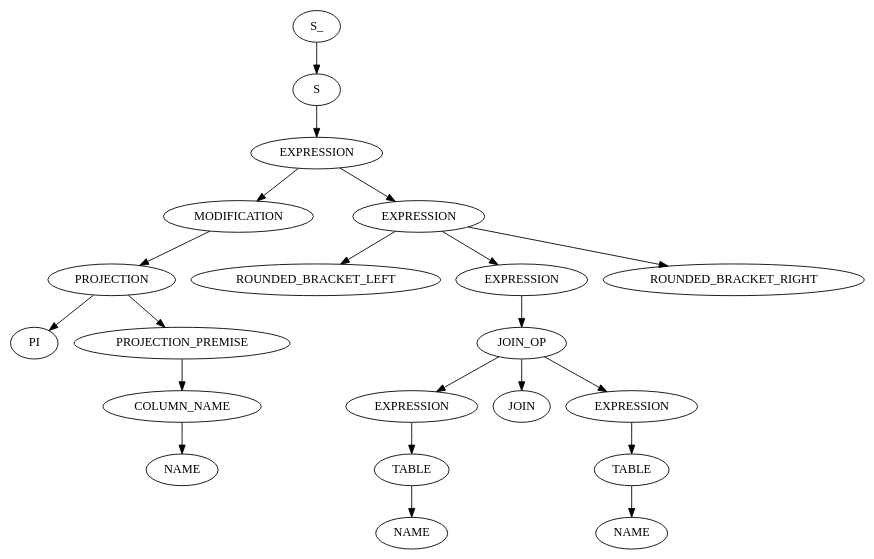
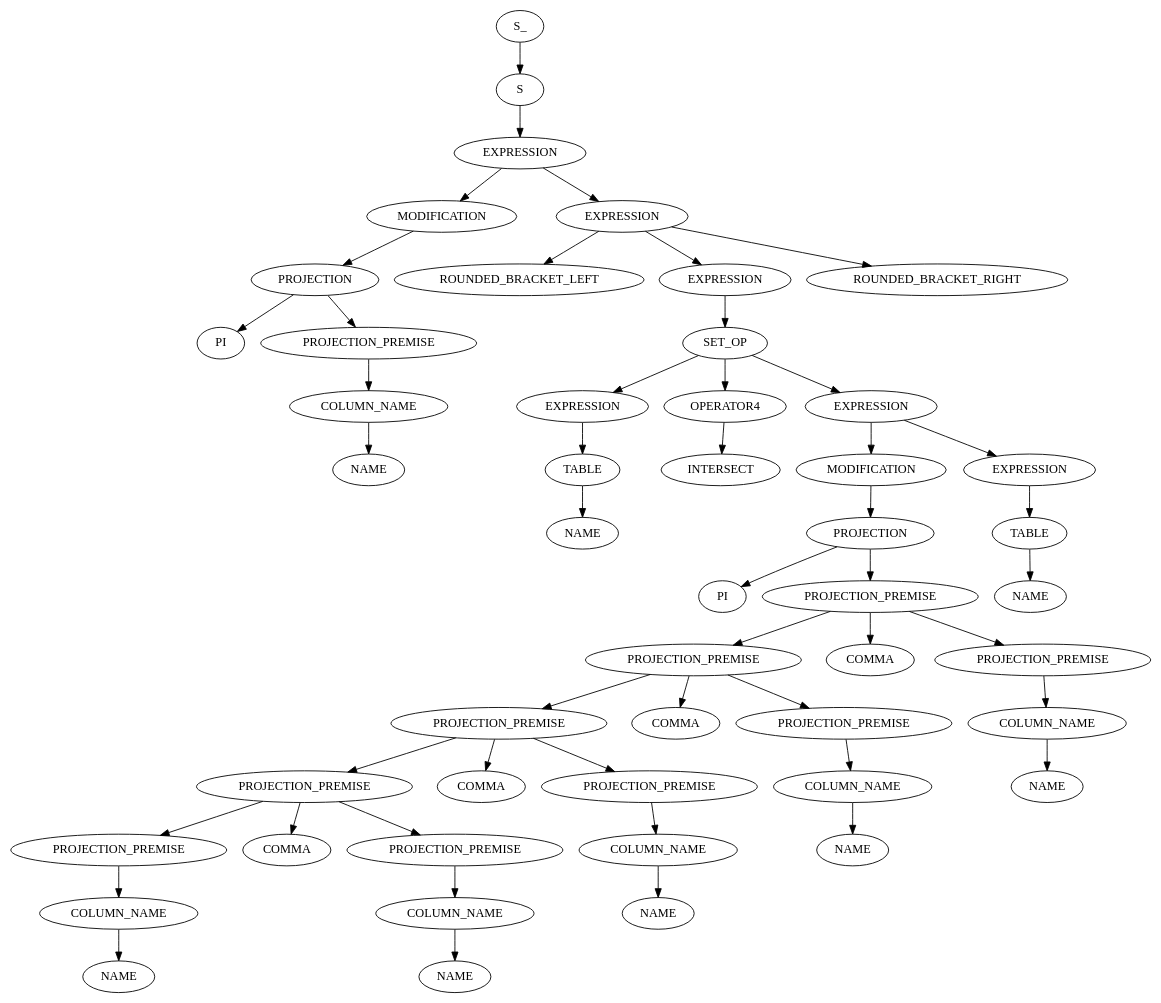
One commit to RobbeNooyens/RATSQL changed the diagram in output/out.dot. Above: the diagram before and after it, drawn with Graphviz. The commit also changed 5 other files, not shown here.

```diff
--- a/output/out.dot
+++ b/output/out.dot
@@ -1,43 +1,99 @@
 digraph ParseTree {
   0 [label="S_"];
   0 -> 1
   1 [label="S"];
   1 -> 2
   2 [label="EXPRESSION"];
   2 -> 3
   3 [label="MODIFICATION"];
   3 -> 4
   4 [label="PROJECTION"];
   4 -> 5
   5 [label="PI"];
   4 -> 6
   6 [label="PROJECTION_PREMISE"];
   6 -> 7
   7 [label="COLUMN_NAME"];
   7 -> 8
   8 [label="NAME"];
   2 -> 9
   9 [label="EXPRESSION"];
   9 -> 10
   10 [label="ROUNDED_BRACKET_LEFT"];
   9 -> 11
   11 [label="EXPRESSION"];
   11 -> 12
-  12 [label="JOIN_OP"];
+  12 [label="SET_OP"];
   12 -> 13
   13 [label="EXPRESSION"];
   13 -> 14
   14 [label="TABLE"];
   14 -> 15
   15 [label="NAME"];
   12 -> 16
-  16 [label="JOIN"];
-  12 -> 17
-  17 [label="EXPRESSION"];
-  17 -> 18
-  18 [label="TABLE"];
+  16 [label="OPERATOR4"];
+  16 -> 17
+  17 [label="INTERSECT"];
+  12 -> 18
+  18 [label="EXPRESSION"];
   18 -> 19
-  19 [label="NAME"];
-  9 -> 20
-  20 [label="ROUNDED_BRACKET_RIGHT"];
+  19 [label="MODIFICATION"];
+  19 -> 20
+  20 [label="PROJECTION"];
+  20 -> 21
+  21 [label="PI"];
+  20 -> 22
+  22 [label="PROJECTION_PREMISE"];
+  22 -> 23
+  23 [label="PROJECTION_PREMISE"];
+  23 -> 24
+  24 [label="PROJECTION_PREMISE"];
+  24 -> 25
+  25 [label="PROJECTION_PREMISE"];
+  25 -> 26
+  26 [label="PROJECTION_PREMISE"];
+  26 -> 27
+  27 [label="COLUMN_NAME"];
+  27 -> 28
+  28 [label="NAME"];
+  25 -> 29
+  29 [label="COMMA"];
+  25 -> 30
+  30 [label="PROJECTION_PREMISE"];
+  30 -> 31
+  31 [label="COLUMN_NAME"];
+  31 -> 32
+  32 [label="NAME"];
+  24 -> 33
+  33 [label="COMMA"];
+  24 -> 34
+  34 [label="PROJECTION_PREMISE"];
+  34 -> 35
+  35 [label="COLUMN_NAME"];
+  35 -> 36
+  36 [label="NAME"];
+  23 -> 37
+  37 [label="COMMA"];
+  23 -> 38
+  38 [label="PROJECTION_PREMISE"];
+  38 -> 39
+  39 [label="COLUMN_NAME"];
+  39 -> 40
+  40 [label="NAME"];
+  22 -> 41
+  41 [label="COMMA"];
+  22 -> 42
+  42 [label="PROJECTION_PREMISE"];
+  42 -> 43
+  43 [label="COLUMN_NAME"];
+  43 -> 44
+  44 [label="NAME"];
+  18 -> 45
+  45 [label="EXPRESSION"];
+  45 -> 46
+  46 [label="TABLE"];
+  46 -> 47
+  47 [label="NAME"];
+  9 -> 48
+  48 [label="ROUNDED_BRACKET_RIGHT"];
 }
```
